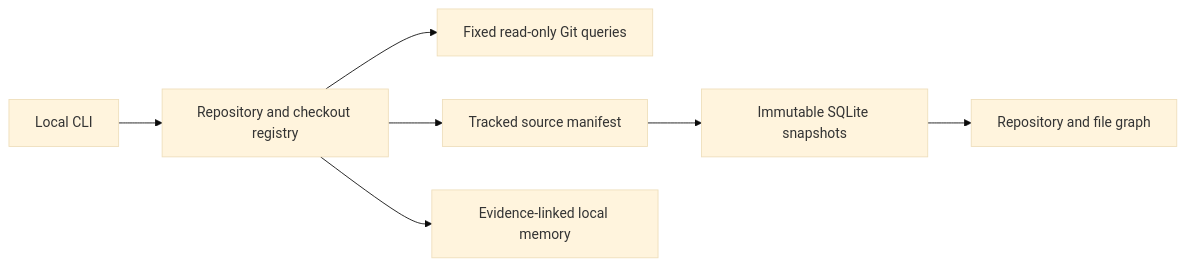
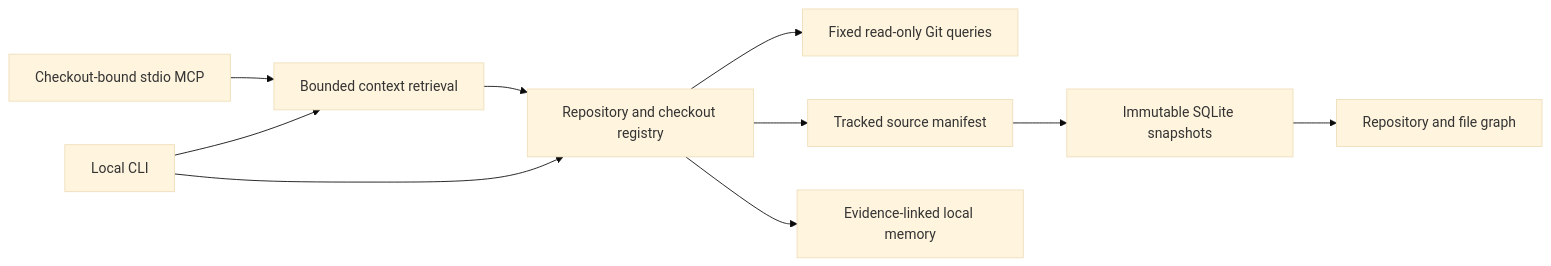
Before and after one commit to gokkulmr/Grove: the diagram in docs/ARCHITECTURE.md, drawn with Mermaid (base theme). The commit also changed other lines of this file and 10 other files, not shown here.

Commit message:
Add checkout-bound MCP and bounded local context retrieval

````diff
--- a/docs/ARCHITECTURE.md
+++ b/docs/ARCHITECTURE.md
@@ -5,9 +5,12 @@
 ```mermaid
 flowchart LR
-  CLI[Local CLI] --> Registry[Repository and checkout registry]
+  MCP[Checkout-bound stdio MCP] --> Context[Bounded context retrieval]
+  CLI[Local CLI] --> Context
+  Context --> Registry
+  CLI --> Registry[Repository and checkout registry]
   Registry --> Git[Fixed read-only Git queries]
   Registry --> Files[Tracked source manifest]
   Files --> Snapshots[Immutable SQLite snapshots]
   Snapshots --> Graph[Repository and file graph]
   Registry --> Memory[Evidence-linked local memory]
 ```
````
